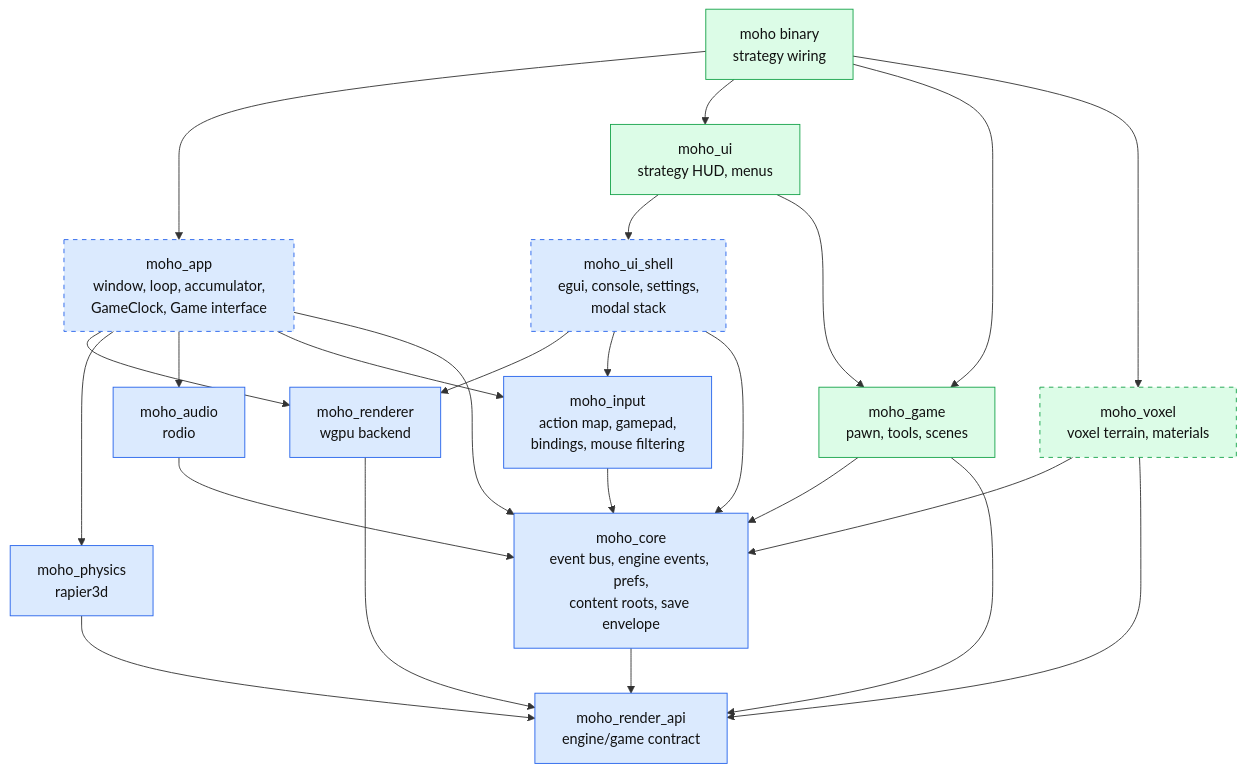
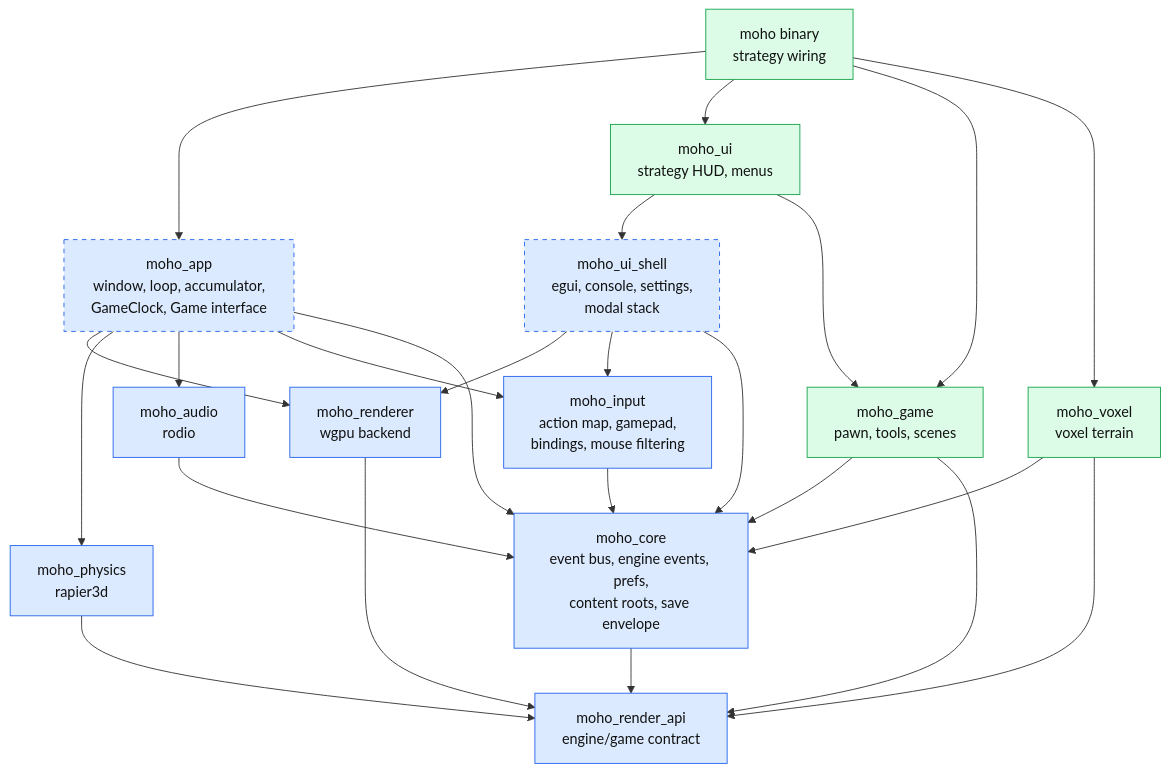
Before and after one commit to WrackedFella/moho: the second of 3 diagrams in wiki/architecture/overview.md, drawn with Mermaid. The commit also changed other lines of this file and 62 other files, not shown here.

First line of the commit message:
refactor(voxel): ENG-F10, voxel terrain and its types leave the engine (#259)

````diff
--- a/wiki/architecture/overview.md
+++ b/wiki/architecture/overview.md
@@ -68,33 +68,33 @@
 ```mermaid
 flowchart TD
     sbin["moho binary<br/>strategy wiring"]:::strategy
     ui["moho_ui<br/>strategy HUD, menus"]:::strategy
     game["moho_game<br/>pawn, tools, scenes"]:::strategy
-    voxel["moho_voxel<br/>voxel terrain, materials"]:::strategyNew
+    voxel["moho_voxel<br/>voxel terrain"]:::strategy
 
     app["moho_app<br/>window, loop, accumulator,<br/>GameClock, Game interface"]:::engineNew
     shell["moho_ui_shell<br/>egui, console, settings,<br/>modal stack"]:::engineNew
     input["moho_input<br/>action map, gamepad,<br/>bindings, mouse filtering"]:::engine
     renderer["moho_renderer<br/>wgpu backend"]:::engine
     physics["moho_physics<br/>rapier3d"]:::engine
     audio["moho_audio<br/>rodio"]:::engine
     core["moho_core<br/>event bus, engine events, prefs,<br/>content roots, save envelope"]:::engine
     rapi["moho_render_api<br/>engine/game contract"]:::engine
 
     sbin --> app & ui & game & voxel
     ui --> shell & game
     game --> core & rapi
     voxel --> core & rapi
     app --> renderer & physics & audio & input & core
     shell --> renderer & input & core
     input --> core
     renderer --> rapi
     physics --> rapi
     audio --> core
     core --> rapi
 
     classDef engine fill:#dbeafe,stroke:#2563eb,color:#111
     classDef engineNew fill:#dbeafe,stroke:#2563eb,stroke-dasharray:5 5,color:#111
     classDef strategy fill:#dcfce7,stroke:#16a34a,color:#111
     classDef strategyNew fill:#dcfce7,stroke:#16a34a,stroke-dasharray:5 5,color:#111
 ```
````
